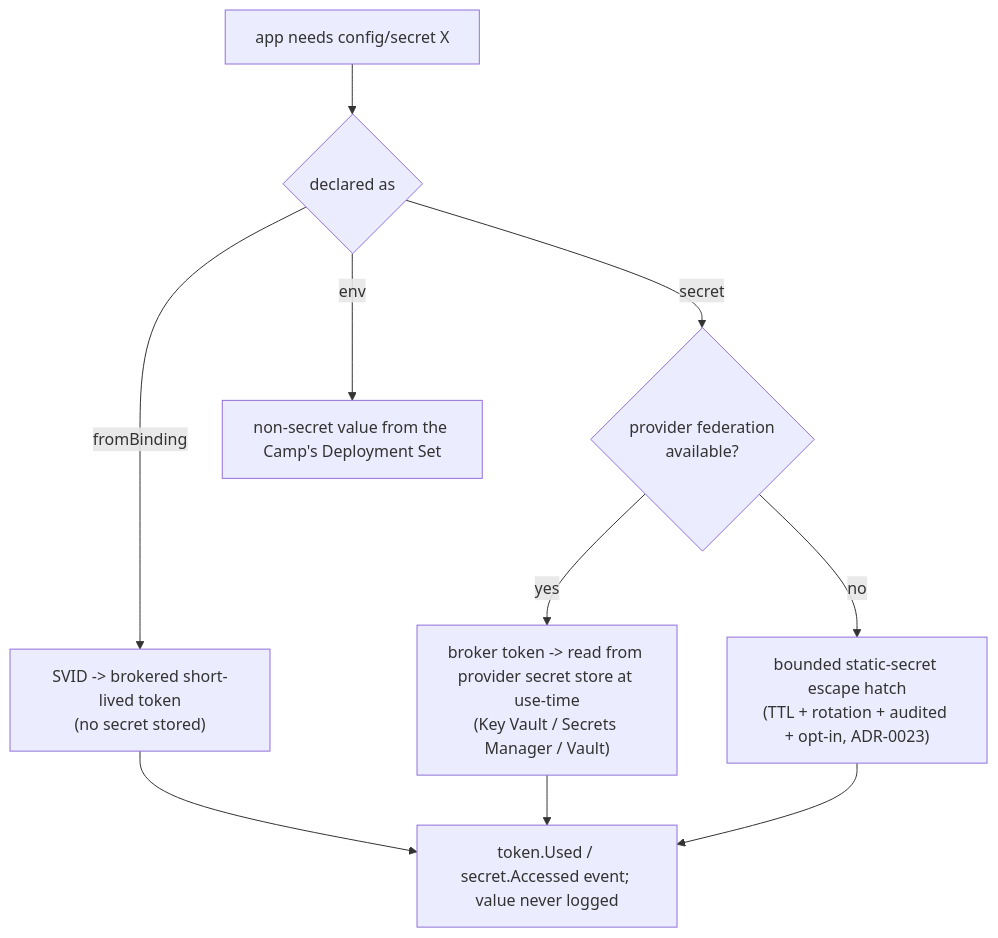
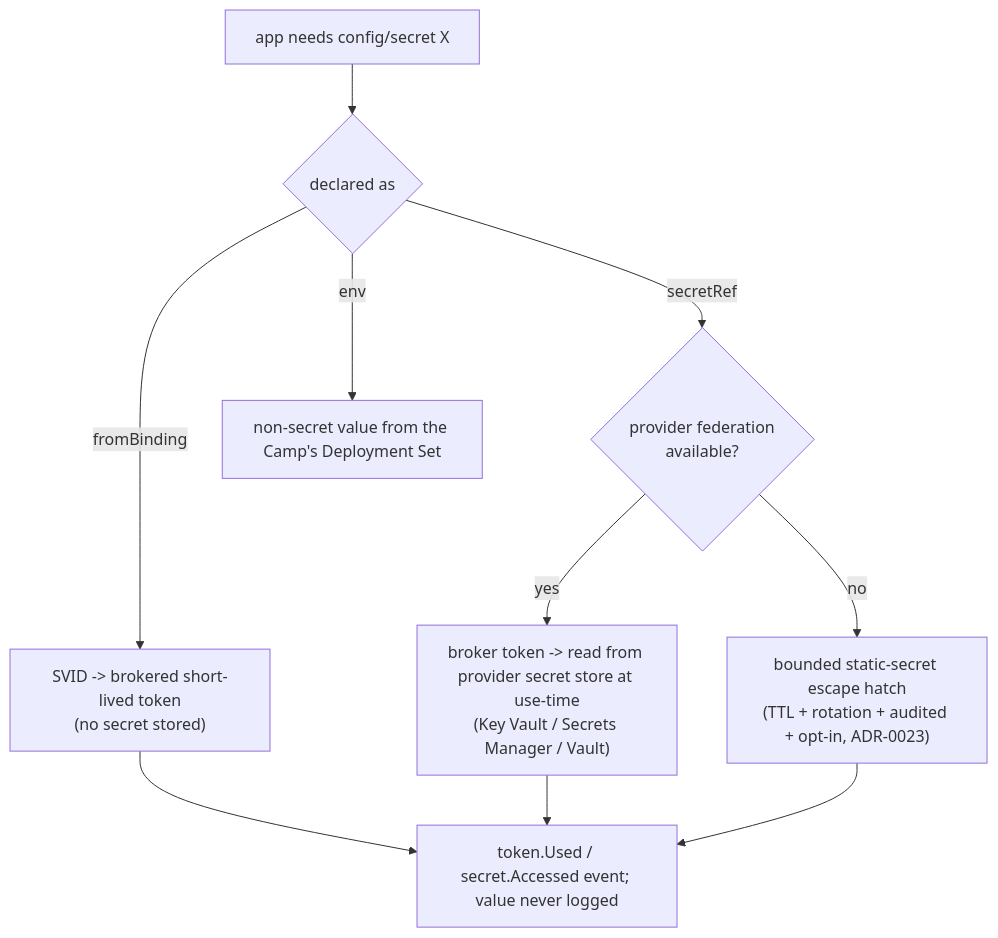
Before and after one commit to Tyler-R-Kendrick/HoBo: the diagram in docs/design/31-config-secretless-secrets.md, drawn with Mermaid. The commit also changed other lines of this file and 10 other files, not shown here.

````diff
--- a/docs/design/31-config-secretless-secrets.md
+++ b/docs/design/31-config-secretless-secrets.md
@@ -35,12 +35,12 @@
 ```mermaid
 flowchart TD
   NEED["app needs config/secret X"] --> KIND{declared as}
   KIND -->|fromBinding| BIND["SVID -> brokered short-lived token<br/>(no secret stored)"]
-  KIND -->|secret| FED{provider federation<br/>available?}
+  KIND -->|secretRef| FED{provider federation<br/>available?}
   KIND -->|env| CFG["non-secret value from the Camp's Deployment Set"]
   FED -->|yes| STS["broker token -> read from provider secret store at use-time<br/>(Key Vault / Secrets Manager / Vault)"]
   FED -->|no| LEGACY["bounded static-secret escape hatch<br/>(TTL + rotation + audited + opt-in, ADR-0023)"]
   BIND --> AUDIT["token.Used / secret.Accessed event; value never logged"]
   STS --> AUDIT
   LEGACY --> AUDIT
 ```
````
